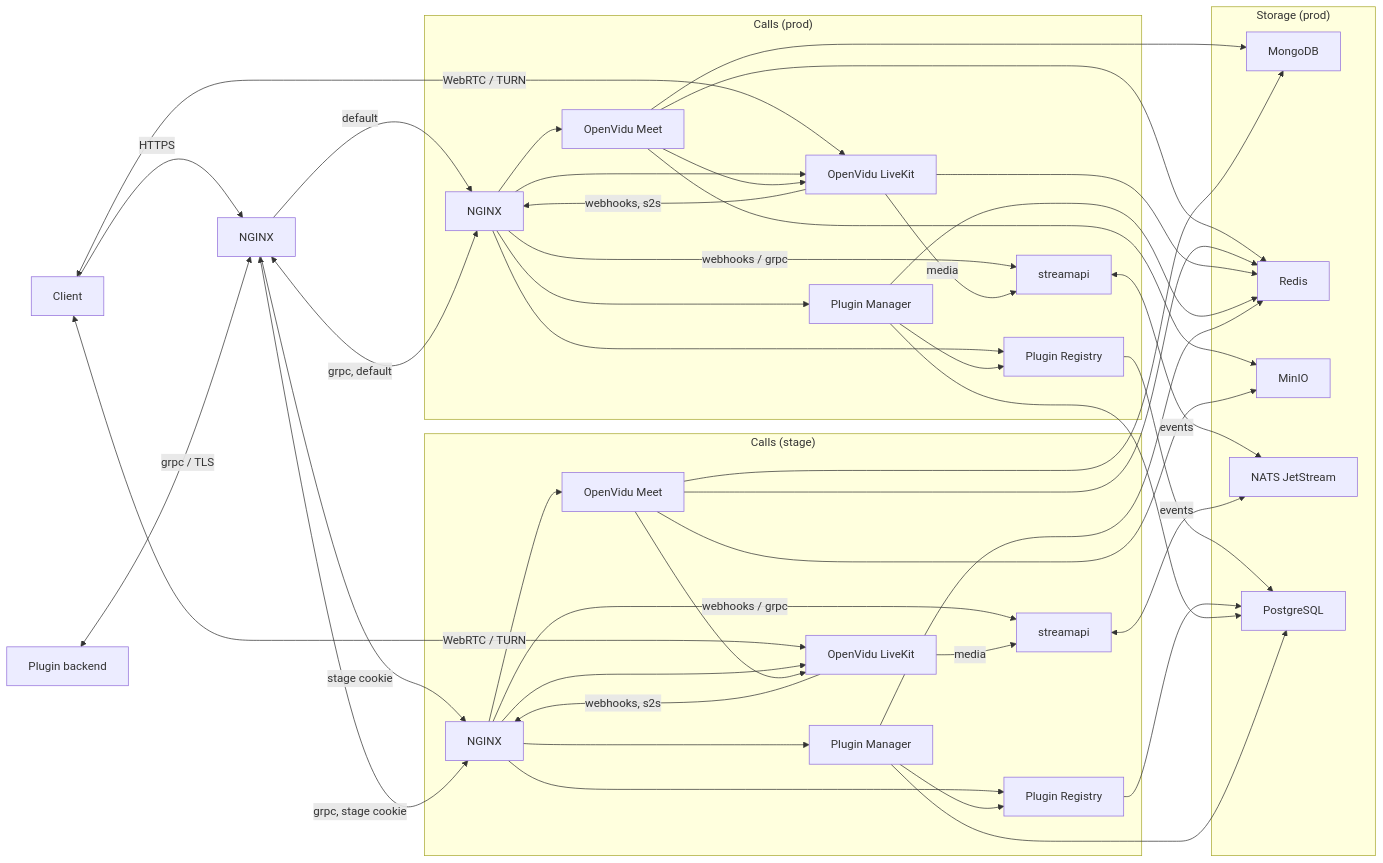
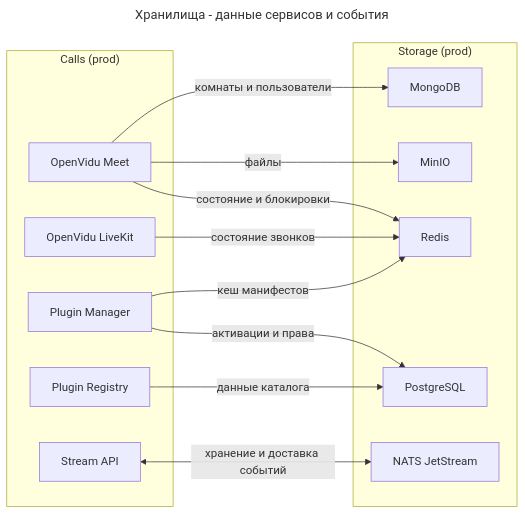
One commit to dwspurpleteam/deployer changed the third of 3 diagrams in README.md. Above: the diagram before and after it, drawn with Mermaid. The commit also changed other lines of this file, not shown here.

Commit message:
Обновить схему архитектуры (#91)
* Update architecture diagram

* Show attendance outside calls

* Show a single nginx in architecture diagram

* Show separate attendance nginx

* Represent attendance as plugin backend

* Rename Stream API in diagram

* Label architecture connections

* Use lowercase for diagram connections

* Organize architecture connections

* Arrange architecture flows left to right

* Clarify architecture diagram titles

* Show event subscription path to Stream API

* Combine architecture diagrams

* Clarify plugin activation flow

* Show plugin media and commands

* Use hyphens in diagram titles

````diff
--- a/README.md
+++ b/README.md
@@ -12,59 +58,30 @@
 ```mermaid
+---
+title: Хранилища - данные сервисов и события
+---
 flowchart LR
-  browser[Client] -->|HTTPS| ingress[NGINX]
-  ingress -->|default| proxy
-  ingress -->|stage cookie| stage
-  browser <-->|WebRTC / TURN| openvidu
-  browser <-->|WebRTC / TURN| stage_openvidu
-  plugin_backend[Plugin backend] <-->|grpc / TLS| ingress
-  ingress <-->|grpc, default| proxy
-  ingress <-->|grpc, stage cookie| stage
-
-  subgraph calls_stage["Calls (stage)"]
-    stage[NGINX] --> stage_meet[OpenVidu Meet]
-    stage --> stage_openvidu[OpenVidu LiveKit]
-    stage_meet --> stage_openvidu
-    stage_openvidu -->|webhooks, s2s| stage
-    stage -->|webhooks / grpc| stage_streamapi[streamapi]
-    stage --> stage_manager[Plugin Manager]
-    stage --> stage_registry[Plugin Registry]
-    stage_manager --> stage_registry
-    stage_openvidu -->|media| stage_streamapi
-  end
-
-  subgraph calls_prod["Calls (prod)"]
-    proxy["NGINX"] --> meet[OpenVidu Meet]
-    proxy --> openvidu[OpenVidu LiveKit]
-    meet --> openvidu
-    openvidu -->|webhooks, s2s| proxy
-    proxy -->|webhooks / grpc| streamapi[streamapi]
-    proxy --> manager[Plugin Manager]
-    proxy --> registry[Plugin Registry]
-    manager --> registry
-    openvidu -->|media| streamapi
+  subgraph calls_storage["Calls (prod)"]
+    meet[OpenVidu Meet]
+    openvidu[OpenVidu LiveKit]
+    manager[Plugin Manager]
+    registry[Plugin Registry]
+    streamapi[Stream API]
   end
 
   subgraph storage["Storage (prod)"]
     mongodb[MongoDB]
+    minio[MinIO]
     redis[Redis]
-    minio[MinIO]
+    postgres[PostgreSQL]
     nats["NATS JetStream"]
-    postgres[PostgreSQL]
   end
 
-  meet --> mongodb
-  meet --> redis
-  meet --> minio
-  stage_meet --> mongodb
-  stage_meet --> redis
-  stage_meet --> minio
-  openvidu --> redis
-  manager --> redis
-  stage_manager --> redis
-  streamapi <-->|events| nats
-  stage_streamapi <-->|events| nats
-  registry --> postgres
-  stage_registry --> postgres
-  manager --> postgres
-  stage_manager --> postgres
+  meet -->|комнаты и пользователи| mongodb
+  meet -->|файлы| minio
+  meet -->|состояние и блокировки| redis
+  openvidu -->|состояние звонков| redis
+  manager -->|кеш манифестов| redis
+  manager -->|активации и права| postgres
+  registry -->|данные каталога| postgres
+  streamapi <-->|хранение и доставка событий| nats
 ```
````
